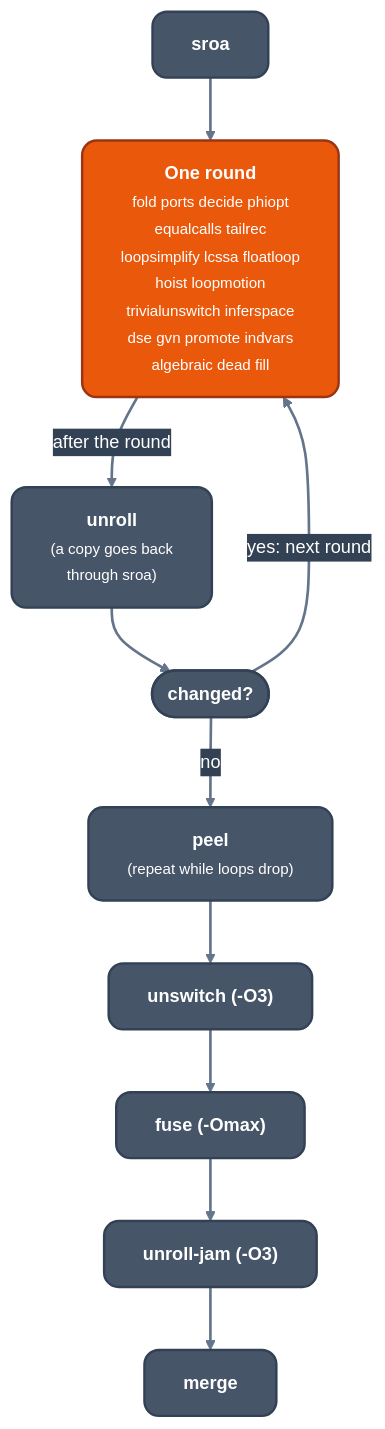
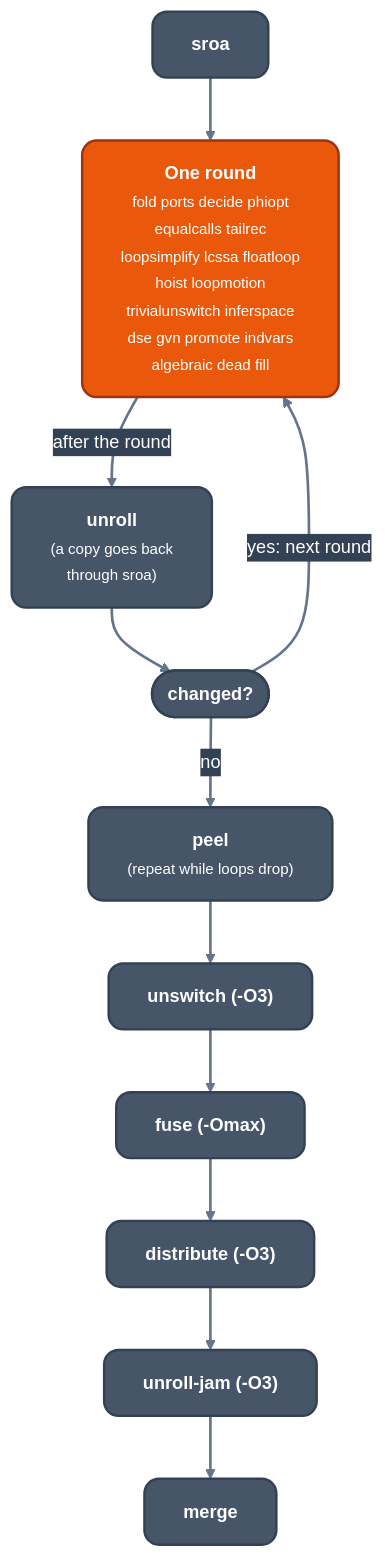
The fourth of 6 diagrams in docs/architecture/readme.md (ali-mosavian/llrm), drawn with Mermaid before and after one commit. The commit also changed 28 other files, not shown here.

````diff
--- a/docs/architecture/readme.md
+++ b/docs/architecture/readme.md
@@ -165,25 +165,27 @@
 ```mermaid
 %%{init: {'theme':'base','themeVariables':{'fontFamily':'Segoe UI, Helvetica Neue, Arial, DejaVu Sans, sans-serif','fontSize':'15px','primaryColor':'#475569','primaryTextColor':'#ffffff','primaryBorderColor':'#334155','lineColor':'#64748b','secondaryColor':'#475569','tertiaryColor':'transparent','clusterBkg':'transparent','clusterBorder':'#64748b','edgeLabelBackground':'#334155','textColor':'#64748b','titleColor':'#64748b'},'flowchart':{'curve':'basis','nodeSpacing':38,'rankSpacing':52,'padding':16,'wrappingWidth':360,'htmlLabels':true,'useMaxWidth':true}}}%%
 flowchart TB
   classDef mid fill:#475569,stroke:#334155,stroke-width:2px,color:#ffffff,rx:12px,ry:12px
   classDef opt fill:#ea580c,stroke:#9a3412,stroke-width:2px,color:#ffffff,rx:12px,ry:12px
   linkStyle default stroke:#64748b,stroke-width:2.2px
   sroa["<b>sroa</b>"]:::mid
   round["<b>One round</b><br/><small>fold ports decide phiopt<br/>equalcalls tailrec<br/>loopsimplify lcssa floatloop<br/>hoist loopmotion<br/>trivialunswitch inferspace<br/>dse gvn promote indvars<br/>algebraic dead fill</small>"]:::opt
   unroll["<b>unroll</b><br/><small>(a copy goes back<br/>through sroa)</small>"]:::mid
   chg(["<b>changed?</b>"]):::mid
   peel["<b>peel</b><br/><small>(repeat while loops drop)</small>"]:::mid
   unsw["<b>unswitch (-O3)</b>"]:::mid
   fu["<b>fuse (-Omax)</b>"]:::mid
+  di["<b>distribute (-O3)</b>"]:::mid
   uj["<b>unroll-jam (-O3)</b>"]:::mid
   merge["<b>merge</b>"]:::mid
   sroa --> round
   round -->|"after the round"| unroll
   unroll --> chg
   chg -->|"yes: next round"| round
   chg -->|"no"| peel
   peel --> unsw
   unsw --> fu
-  fu --> uj
+  fu --> di
+  di --> uj
   uj --> merge
 ```
````
